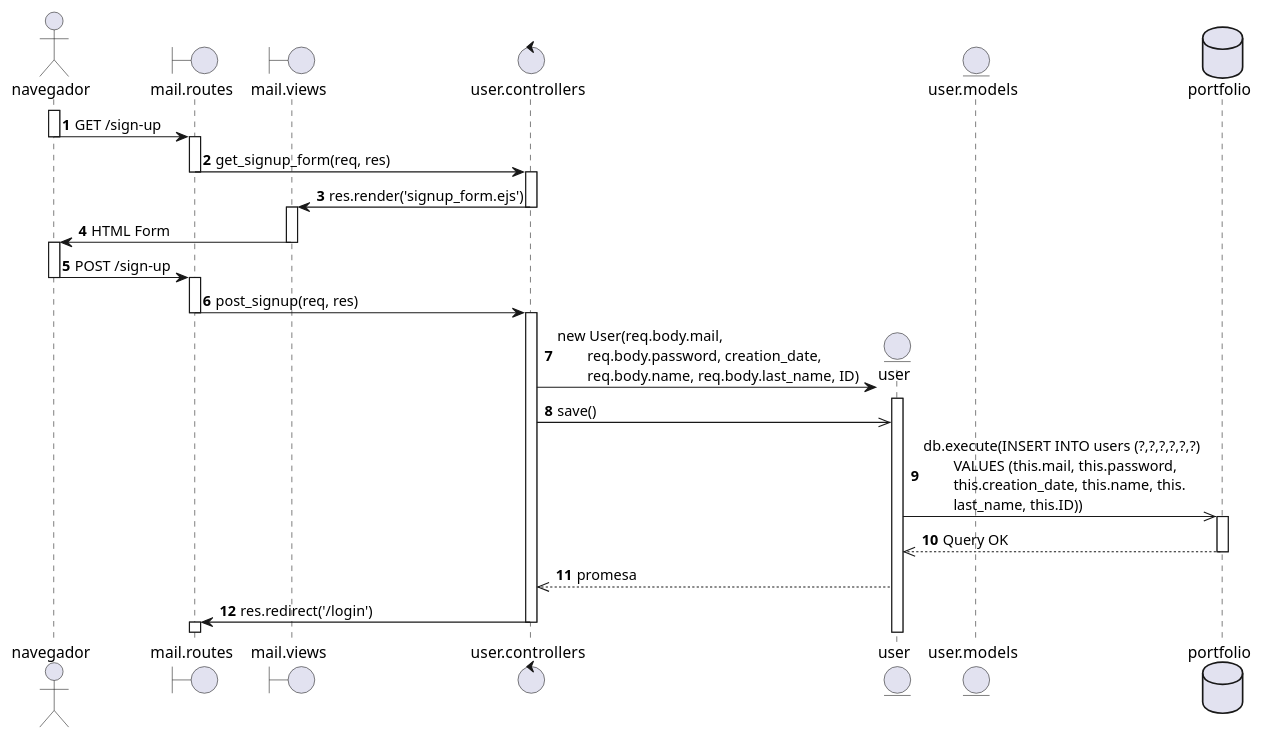
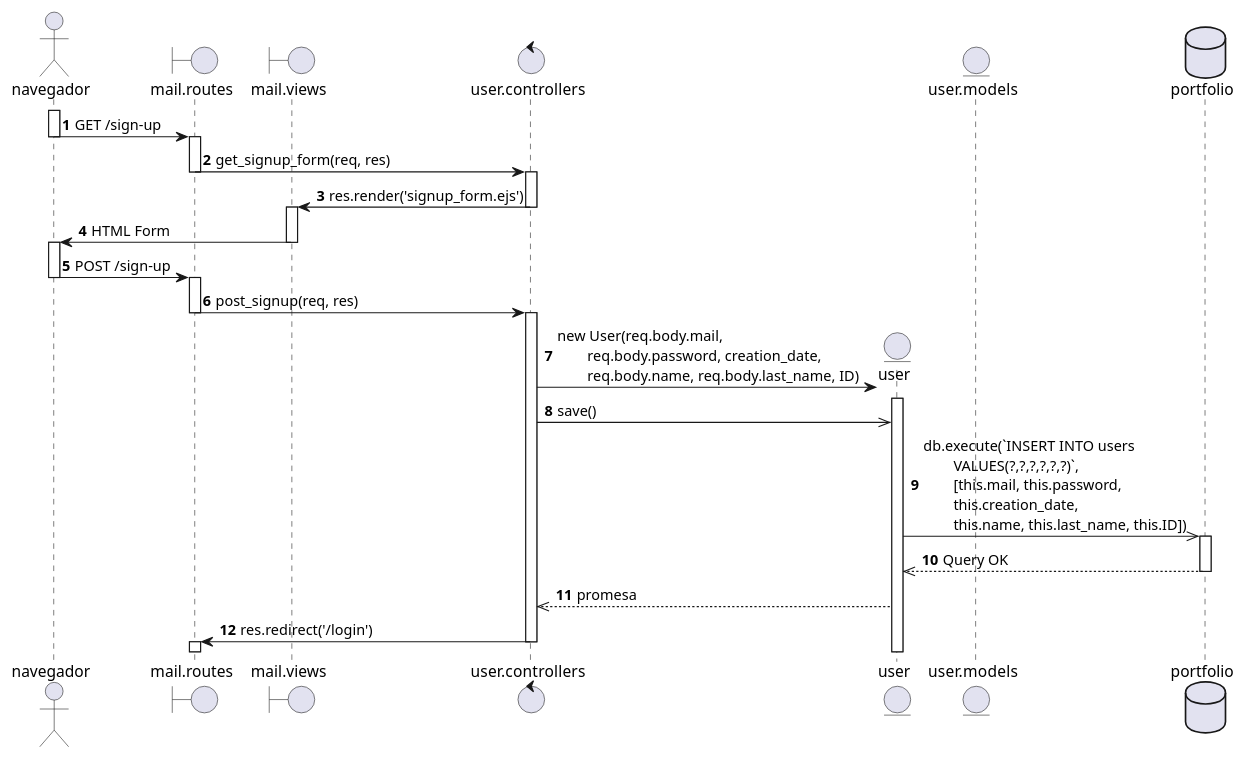
One commit to YaelChar417/portfolio changed the diagram in Diagramas/Secuencia/CU06_U_Registrar_usuario.puml. Above: the diagram before and after it, drawn with PlantUML. The commit also changed 2 other files, not shown here.

```diff
--- a/Diagramas/Secuencia/CU06_U_Registrar_usuario.puml
+++ b/Diagramas/Secuencia/CU06_U_Registrar_usuario.puml
@@ -1,56 +1,56 @@
 @startuml 
 
 autonumber
 
 actor navegador as nav
 boundary "mail.routes" as routes
 boundary "mail.views" as view
 control "user.controllers" as controller
 
 
 activate nav
 nav -> routes: GET /sign-up
 deactivate nav
 
 activate routes
 routes -> controller: get_signup_form(req, res)
 deactivate routes
 
 activate controller
 controller -> view: res.render('signup_form.ejs')
 deactivate controller
 
 activate view
 view -> nav: HTML Form
 deactivate view
 
 activate nav
 nav -> routes: POST /sign-up
 deactivate nav
 
 activate routes
 routes -> controller: post_signup(req, res)
 deactivate routes
 
 activate controller
 create entity user 
 
 controller -> user: new User(req.body.mail, \n\treq.body.password, creation_date, \n\treq.body.name, req.body.last_name, ID)
 activate user
 controller ->> user: save()
 
 entity "user.models" as model
 database portfolio as db 
 
-user ->> db: db.execute(INSERT INTO users (?,?,?,?,?,?) \n\tVALUES (this.mail, this.password, \n\tthis.creation_date, this.name, this.\n\tlast_name, this.ID))
+user ->> db: db.execute(`INSERT INTO users \n\tVALUES(?,?,?,?,?,?)`, \n\t[this.mail, this.password, \n\tthis.creation_date, \n\tthis.name, this.last_name, this.ID])
 
 activate db
 db -->> user: Query OK
 deactivate db
 
 user -->> controller: promesa
 controller -> routes: res.redirect('/login')
 deactivate controller
 activate routes
 
 @enduml
```
